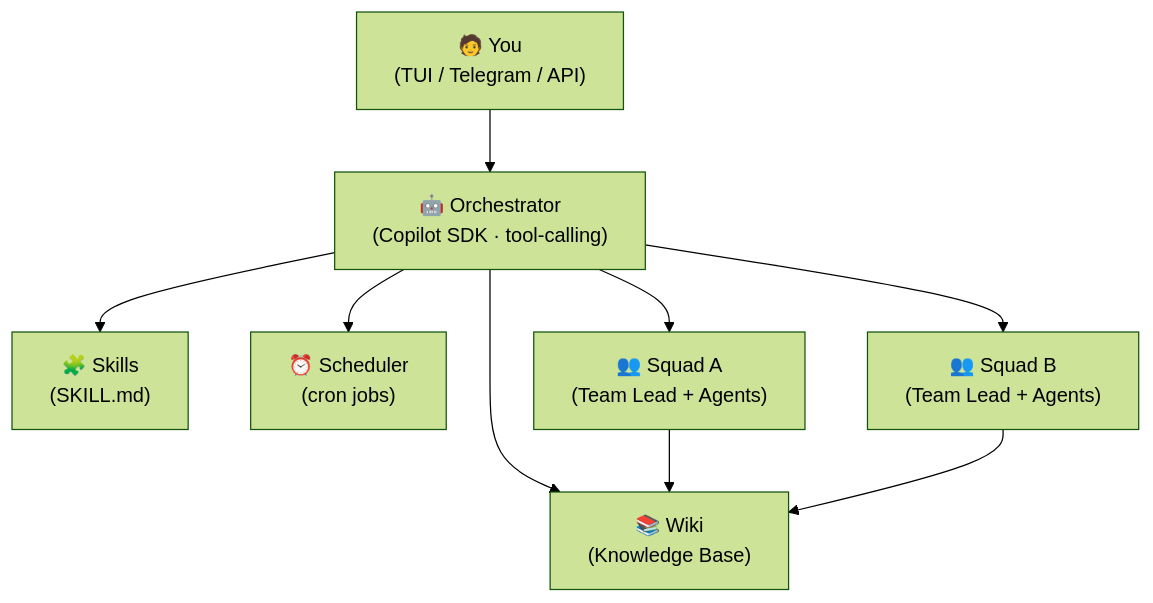
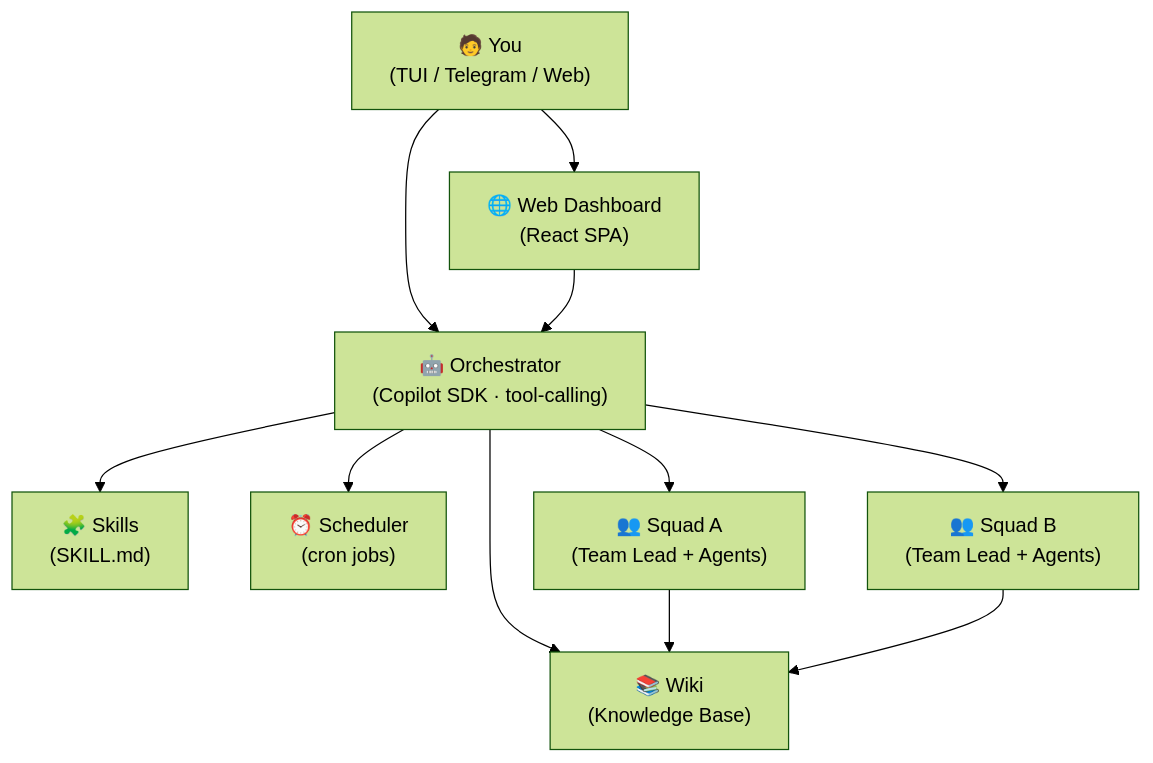
One commit to michaeljolley/io changed the diagram in README.md. Above: the diagram before and after it, drawn with Mermaid (forest theme). The commit also changed other lines of this file and 5 other files, not shown here.

First line of the commit message:
docs: update README and doc site with web dashboard, auth, universes, source dir

````diff
--- a/README.md
+++ b/README.md
@@ -31,19 +33,22 @@
 ```mermaid
 graph TD
-    User["🧑 You<br/>(TUI / Telegram / API)"]
+    User["🧑 You<br/>(TUI / Telegram / Web)"]
     Orch["🤖 Orchestrator<br/>(Copilot SDK · tool-calling)"]
     Wiki["📚 Wiki<br/>(Knowledge Base)"]
     Skills["🧩 Skills<br/>(SKILL.md)"]
     Sched["⏰ Scheduler<br/>(cron jobs)"]
     SquadA["👥 Squad A<br/>(Team Lead + Agents)"]
     SquadB["👥 Squad B<br/>(Team Lead + Agents)"]
+    Web["🌐 Web Dashboard<br/>(React SPA)"]
 
     User --> Orch
+    User --> Web
+    Web --> Orch
     Orch --> SquadA
     Orch --> SquadB
     Orch --> Sched
     Orch --> Wiki
     Orch --> Skills
     SquadA --> Wiki
     SquadB --> Wiki
 ```
````
